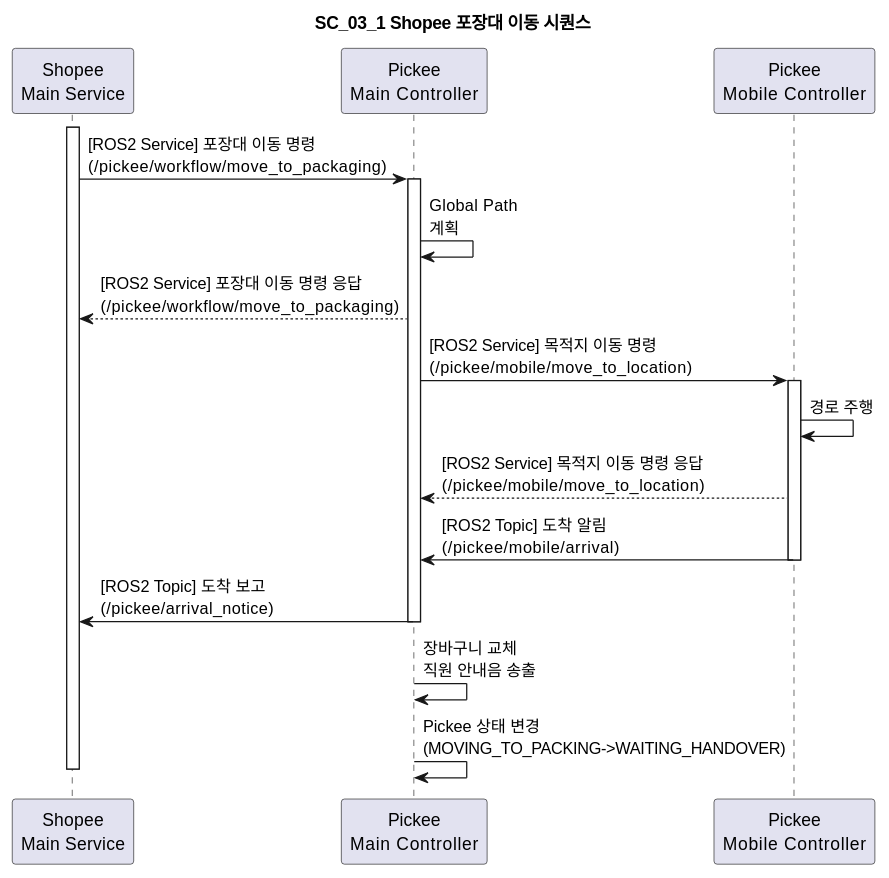
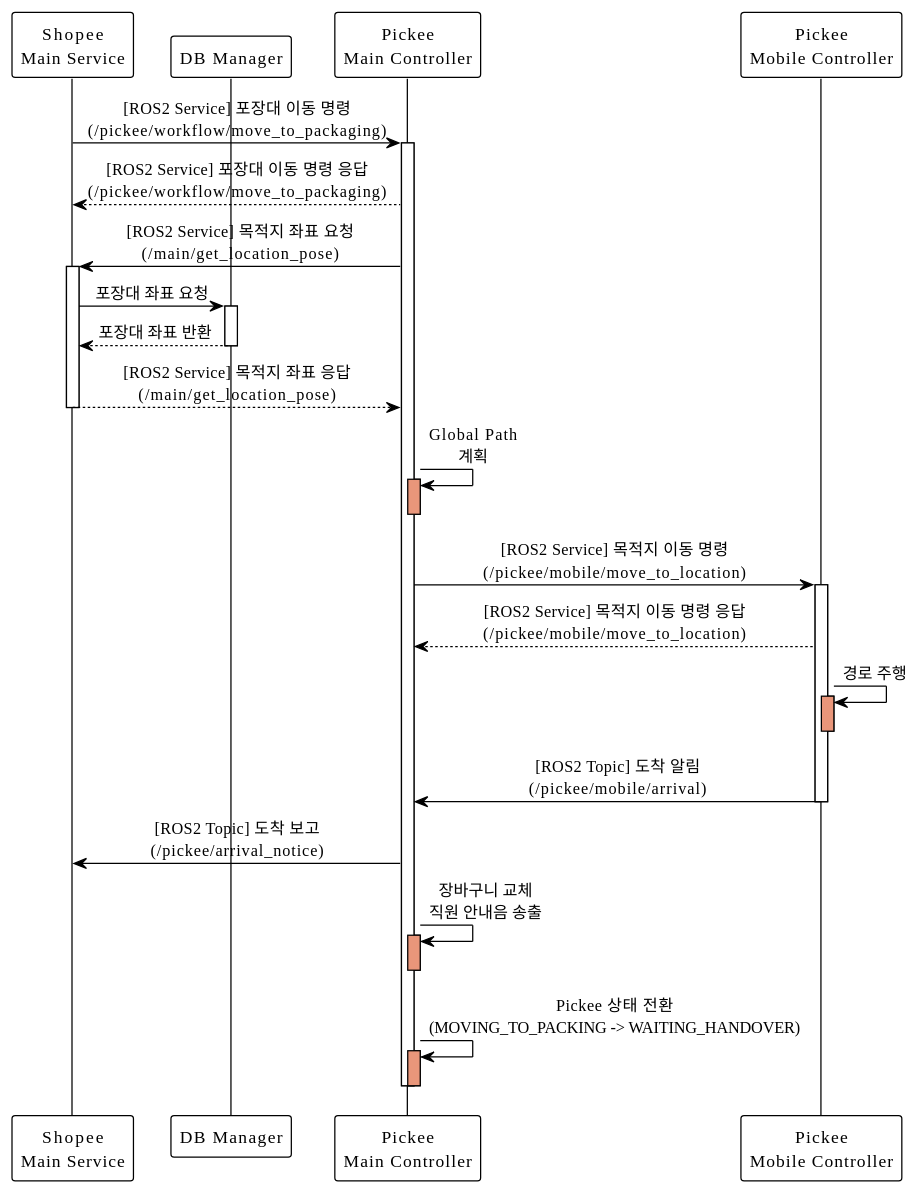
Before and after one commit to addinedu-roscamp-7th/roscamp-repo-1: the diagram in docs/SequenceDiagram/SC_03_1.md, drawn with PlantUML. The commit also changed 40 other files, not shown here.

```diff
--- a/docs/SequenceDiagram/SC_03_1.md
+++ b/docs/SequenceDiagram/SC_03_1.md
@@ -1,37 +1,50 @@
-@startuml
-title SC_03_1 Shopee 포장대 이동 시퀀스
+@startuml SC_03_1
+!theme plain
+skinparam backgroundColor #FFFFFF
+skinparam sequenceMessageAlign center
 
-participant "Shopee\nMain Service" as main
-participant "Pickee\nMain Controller" as pickee_main
-participant "Pickee\nMobile Controller" as pickee_mobile
+participant "Shopee\nMain Service" as Main
+participant "DB Manager" as DB
+participant "Pickee\nMain Controller" as Controller
+participant "Pickee\nMobile Controller" as Mobile
 
-activate main
+Main -> Controller: [ROS2 Service] 포장대 이동 명령\n(/pickee/workflow/move_to_packaging)
+activate Controller
+Controller --> Main: [ROS2 Service] 포장대 이동 명령 응답\n(/pickee/workflow/move_to_packaging)
 
-main -> pickee_main: [ROS2 Service] 포장대 이동 명령\n(/pickee/workflow/move_to_packaging)
-activate pickee_main
+Controller -> Main: [ROS2 Service] 목적지 좌표 요청\n(/main/get_location_pose)
+activate Main
+Main -> DB: 포장대 좌표 요청
+activate DB
+DB --> Main: 포장대 좌표 반환
+deactivate DB
+Main --> Controller: [ROS2 Service] 목적지 좌표 응답\n(/main/get_location_pose)
+deactivate Main
 
-pickee_main -> pickee_main: Global Path\n계획
+Controller -> Controller: Global Path\n계획
+activate Controller #DarkSalmon
+deactivate Controller
 
-main <-- pickee_main: [ROS2 Service] 포장대 이동 명령 응답\n(/pickee/workflow/move_to_packaging)
+Controller -> Mobile: [ROS2 Service] 목적지 이동 명령\n(/pickee/mobile/move_to_location)
+activate Mobile
+Mobile --> Controller: [ROS2 Service] 목적지 이동 명령 응답\n(/pickee/mobile/move_to_location)
 
-pickee_main -> pickee_mobile: [ROS2 Service] 목적지 이동 명령\n(/pickee/mobile/move_to_location)
-activate pickee_mobile
+Mobile -> Mobile: 경로 주행
+activate Mobile #DarkSalmon
+deactivate Mobile
 
-pickee_mobile -> pickee_mobile: 경로 주행
+Mobile -> Controller: [ROS2 Topic] 도착 알림\n(/pickee/mobile/arrival)
+deactivate Mobile
 
-pickee_mobile --> pickee_main: [ROS2 Service] 목적지 이동 명령 응답\n(/pickee/mobile/move_to_location)
+Controller -> Main: [ROS2 Topic] 도착 보고\n(/pickee/arrival_notice)
 
-pickee_mobile -> pickee_main: [ROS2 Topic] 도착 알림\n(/pickee/mobile/arrival)
-deactivate pickee_mobile
+Controller -> Controller: 장바구니 교체\n직원 안내음 송출
+activate Controller #DarkSalmon
+deactivate Controller
 
-pickee_main -> main: [ROS2 Topic] 도착 보고\n(/pickee/arrival_notice)
+Controller -> Controller: Pickee 상태 전환\n(MOVING_TO_PACKING -> WAITING_HANDOVER)
+activate Controller #DarkSalmon
+deactivate Controller
 
-deactivate pickee_main
-
-pickee_main -> pickee_main: 장바구니 교체\n직원 안내음 송출
-
-pickee_main -> pickee_main: Pickee 상태 변경\n(MOVING_TO_PACKING->WAITING_HANDOVER)
-
-deactivate main
-
+deactivate Controller
 @enduml
```
